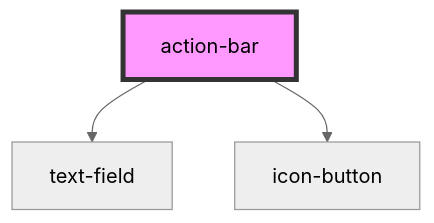
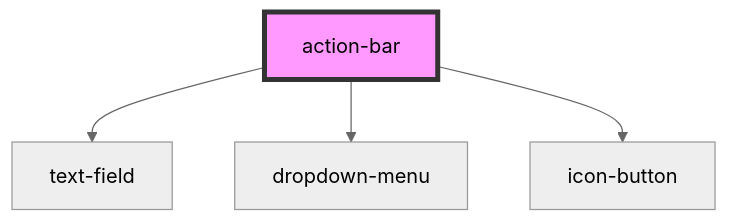
Before and after one commit to svb-jlang/theseus: the diagram in src/components/action-bar/readme.md, drawn with Mermaid (neutral theme). The commit also changed other lines of this file and 9 other files, not shown here.

Commit message:
Rest of action-bar

````diff
--- a/src/components/action-bar/readme.md
+++ b/src/components/action-bar/readme.md
@@ -16,6 +17,7 @@
 ```mermaid
 graph TD;
   action-bar --> text-field
+  action-bar --> dropdown-menu
   action-bar --> icon-button
   style action-bar fill:#f9f,stroke:#333,stroke-width:4px
 ```
````
